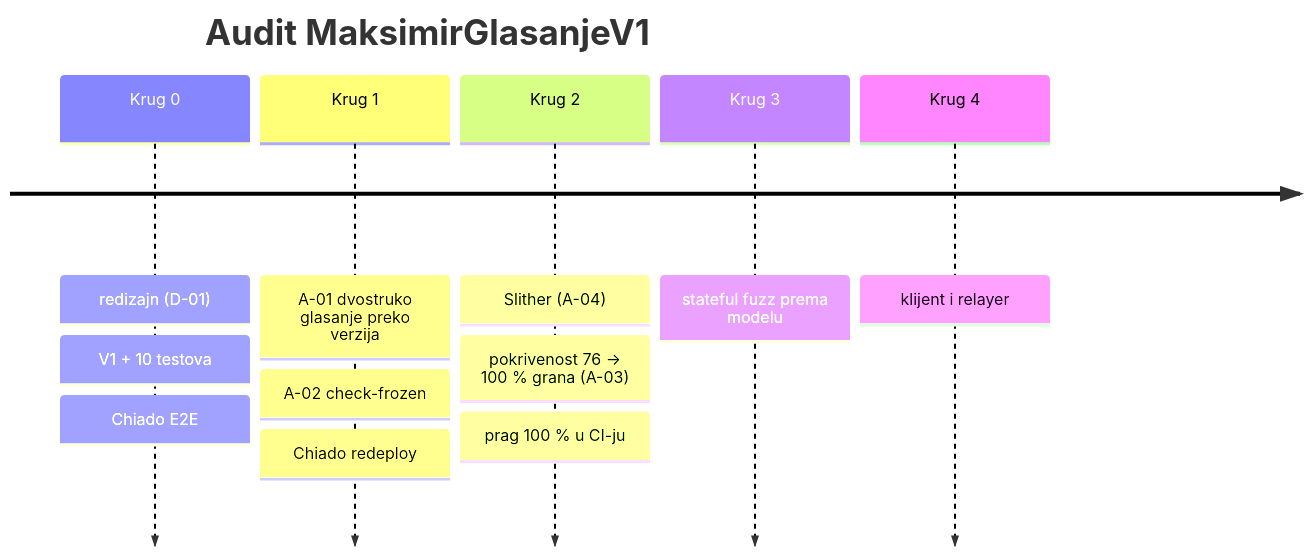
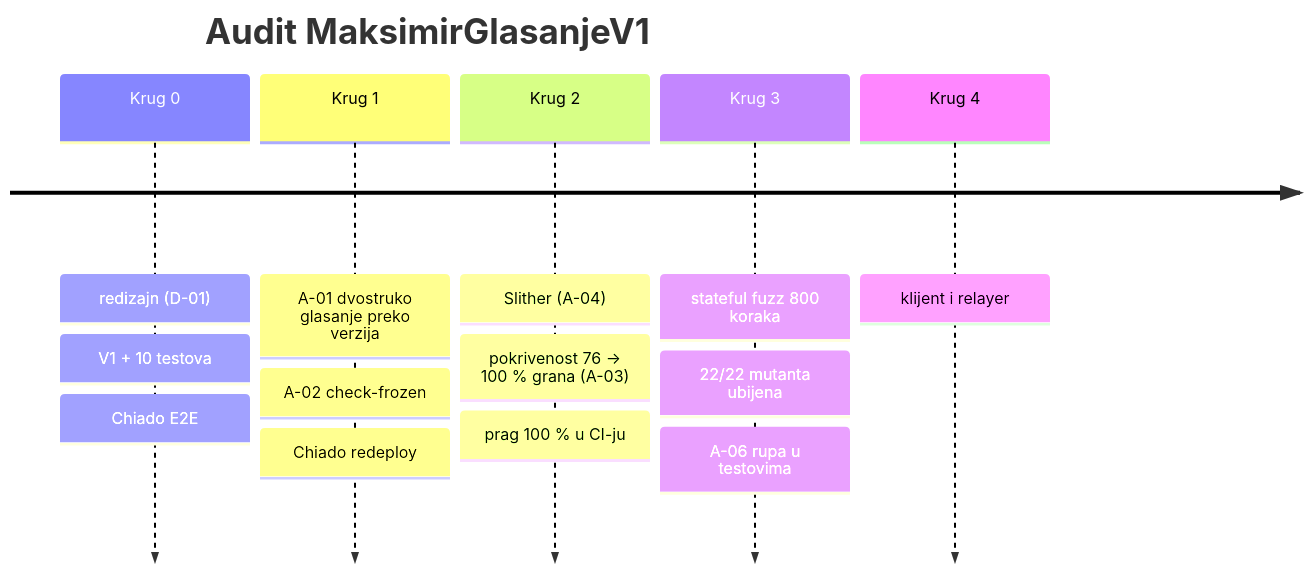
One commit to stepanic/stadion-maksimir-natjecaj-2026 changed the first of 2 diagrams in docs/blockchain/audit/krugovi.md. Above: the diagram before and after it, drawn with Mermaid. The commit also changed other lines of this file and 6 other files, not shown here.

First line of the commit message:
audit(glasanje): krug 3 — stateful fuzz prema modelu i mutacijsko testiranje

````diff
--- a/docs/blockchain/audit/krugovi.md
+++ b/docs/blockchain/audit/krugovi.md
@@ -5,9 +5,9 @@
 ```mermaid
 timeline
   title Audit MaksimirGlasanjeV1
   Krug 0 : redizajn (D-01) : V1 + 10 testova : Chiado E2E
   Krug 1 : A-01 dvostruko glasanje preko verzija : A-02 check-frozen : Chiado redeploy
   Krug 2 : Slither (A-04) : pokrivenost 76 → 100 % grana (A-03) : prag 100 % u CI-ju
-  Krug 3 : stateful fuzz prema modelu
+  Krug 3 : stateful fuzz 800 koraka : 22/22 mutanta ubijena : A-06 rupa u testovima
   Krug 4 : klijent i relayer
 ```
````
